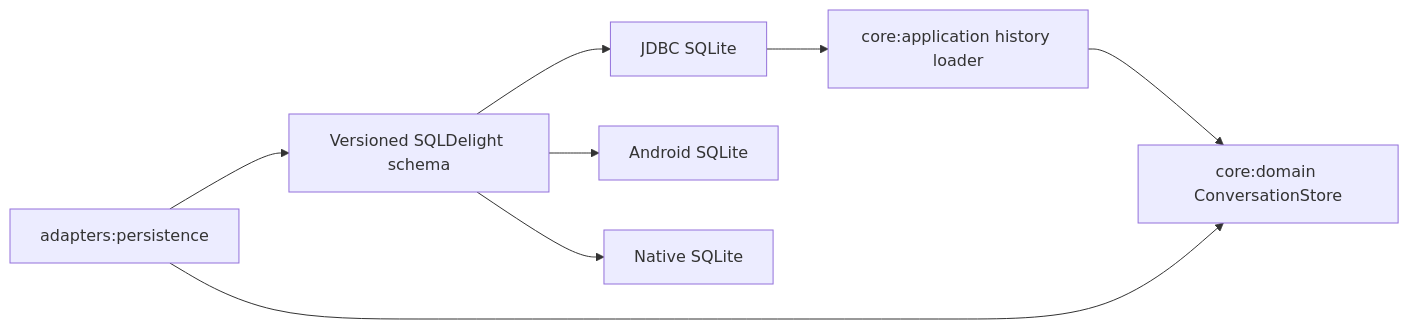
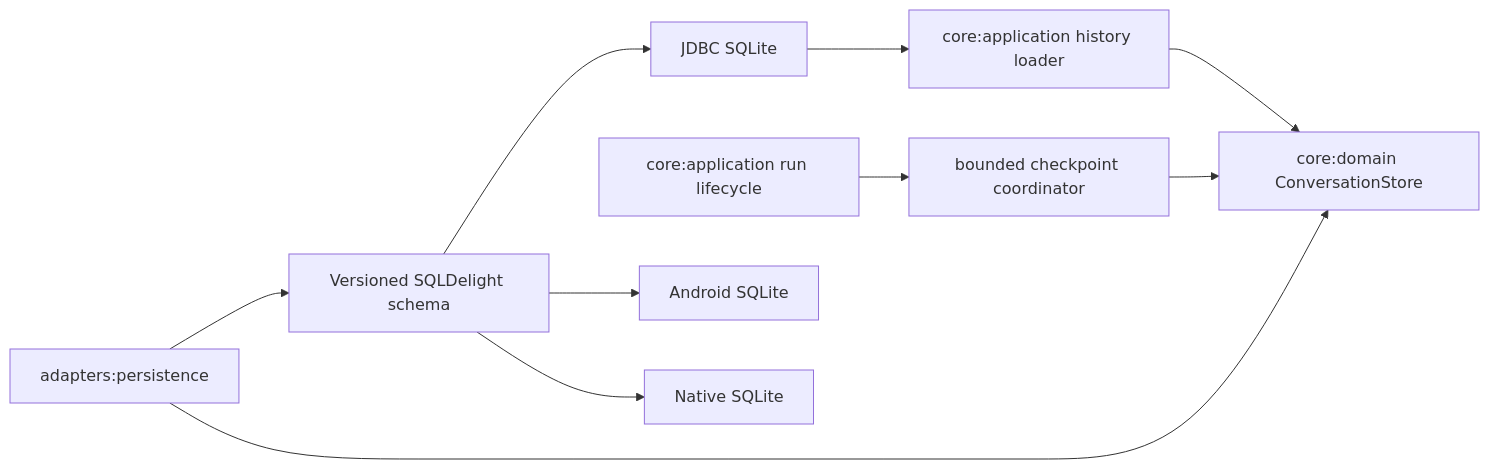
One commit to artemidius/blowhard changed the diagram in docs/architecture/conversation-persistence.md. Above: the diagram before and after it, drawn with Mermaid. The commit also changed other lines of this file and 5 other files, not shown here.

Commit message:
docs: explain bounded durable checkpoints

````diff
--- a/docs/architecture/conversation-persistence.md
+++ b/docs/architecture/conversation-persistence.md
@@ -7,10 +7,12 @@
 ```mermaid
 flowchart LR
     Desktop[Desktop startup session] --> Loader[core:application history loader]
+    Runs[core:application run lifecycle] --> Checkpoints[bounded checkpoint coordinator]
     Loader --> Port[core:domain ConversationStore]
+    Checkpoints --> Port
     SQLite[adapters:persistence] --> Port
     SQLite --> Schema[Versioned SQLDelight schema]
     Schema --> Desktop[JDBC SQLite]
     Schema --> Android[Android SQLite]
     Schema --> Apple[Native SQLite]
 ```
````
